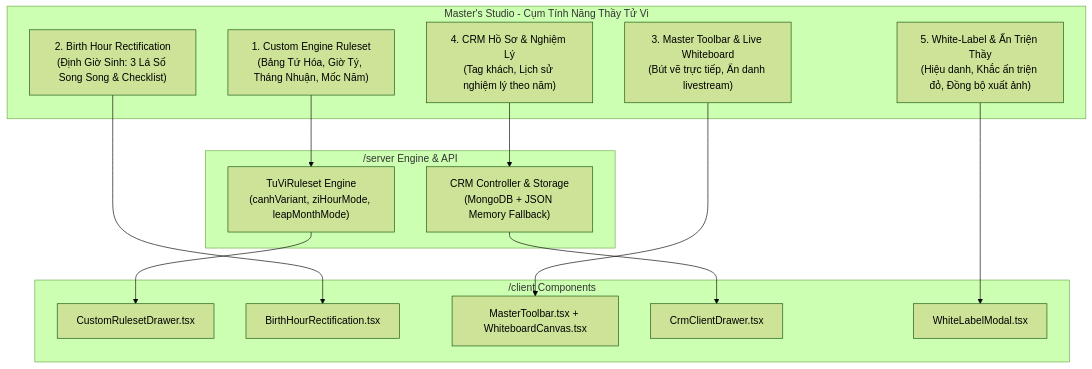
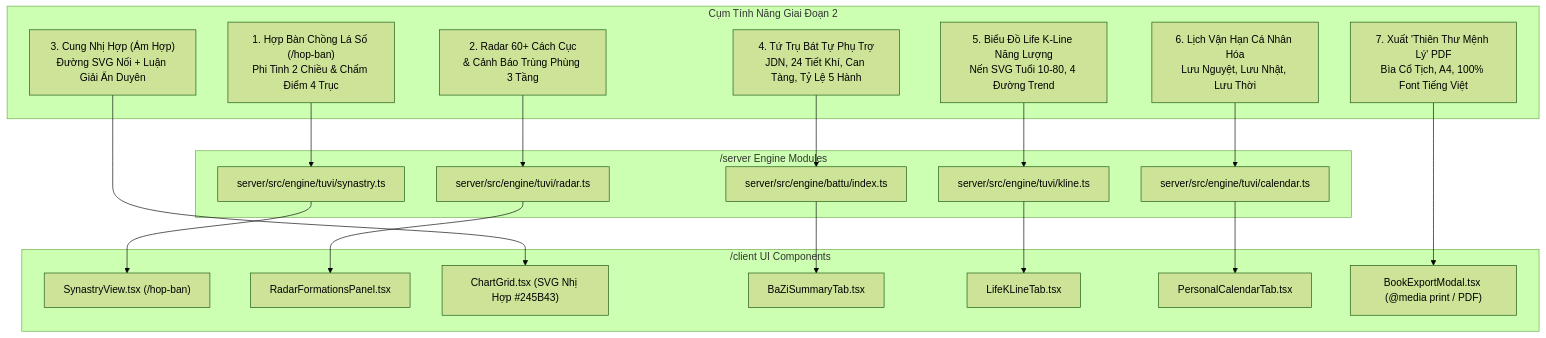
One commit to minhkhueit1999/tuvilaso_WEB changed the diagram in implementation_plan.md. Above: the diagram before and after it, drawn with Mermaid (forest theme). The commit also changed other lines of this file and 35 other files, not shown here.

Commit message:
feat(pro): add synastry, 60+ formations radar, Nhi Hop, Ba Zi, Life K-Line, personal calendar and classical PDF book

````diff
--- a/implementation_plan.md
+++ b/implementation_plan.md
@@ -9,31 +9,38 @@
 ```mermaid
 flowchart TD
-    subgraph MasterStudio["Master's Studio - Cụm Tính Năng Thầy Tử Vi"]
-        R["1. Custom Engine Ruleset\n(Bảng Tứ Hóa, Giờ Tý, Tháng Nhuận, Mốc Năm)"]
-        Rect["2. Birth Hour Rectification\n(Định Giờ Sinh: 3 Lá Số Song Song & Checklist)"]
-        WB["3. Master Toolbar & Live Whiteboard\n(Bút vẽ trực tiếp, Ẩn danh livestream)"]
-        CRM["4. CRM Hồ Sơ & Nghiệm Lý\n(Tag khách, Lịch sử nghiệm lý theo năm)"]
-        WL["5. White-Label & Ấn Triện Thầy\n(Hiệu danh, Khắc ấn triện đỏ, Đồng bộ xuất ảnh)"]
+    subgraph Stage2Modules["Cụm Tính Năng Giai Đoạn 2"]
+        Synastry["1. Hợp Bàn Chồng Lá Số (/hop-ban)\nPhi Tinh 2 Chiều & Chấm Điểm 4 Trục"]
+        Radar["2. Radar 60+ Cách Cục\n& Cảnh Báo Trùng Phùng 3 Tầng"]
+        NhiHop["3. Cung Nhị Hợp (Ám Hợp)\nĐường SVG Nối + Luận Giải Ẩn Duyên"]
+        BaZi["4. Tứ Trụ Bát Tự Phụ Trợ\nJDN, 24 Tiết Khí, Can Tàng, Tỷ Lệ 5 Hành"]
+        KLine["5. Biểu Đồ Life K-Line Năng Lượng\nNến SVG Tuổi 10-80, 4 Đường Trend"]
+        LuuNhat["6. Lịch Vận Hạn Cá Nhân Hóa\nLưu Nguyệt, Lưu Nhật, Lưu Thời"]
+        BookPDF["7. Xuất 'Thiên Thư Mệnh Lý' PDF\nBìa Cổ Tịch, A4, 100% Font Tiếng Việt"]
     end
 
-    subgraph BackendEngine["/server Engine & API"]
-        TRules["TuViRuleset Engine\n(canhVariant, ziHourMode, leapMonthMode)"]
-        CrmAPI["CRM Controller & Storage\n(MongoDB + JSON Memory Fallback)"]
+    subgraph BackendEngine["/server Engine Modules"]
+        SynEngine["server/src/engine/tuvi/synastry.ts"]
+        RadarEngine["server/src/engine/tuvi/radar.ts"]
+        BaZiEngine["server/src/engine/battu/index.ts"]
+        KLineEngine["server/src/engine/tuvi/kline.ts"]
+        LuuNhatEngine["server/src/engine/tuvi/calendar.ts"]
     end
 
-    subgraph FrontendUI["/client Components"]
-        RuleDrawer["CustomRulesetDrawer.tsx"]
-        RectPage["BirthHourRectification.tsx"]
-        Toolbar["MasterToolbar.tsx + WhiteboardCanvas.tsx"]
-        CrmDrawer["CrmClientDrawer.tsx"]
-        WlModal["WhiteLabelModal.tsx"]
+    subgraph FrontendComponents["/client UI Components"]
+        HopBanView["SynastryView.tsx (/hop-ban)"]
+        RadarPanel["RadarFormationsPanel.tsx"]
+        ChartGridNhiHop["ChartGrid.tsx (SVG Nhị Hợp #245B43)"]
+        BaZiTab["BaZiSummaryTab.tsx"]
+        KLineTab["LifeKLineTab.tsx"]
+        LuuNhatTab["PersonalCalendarTab.tsx"]
+        BookExportModal["BookExportModal.tsx (@media print / PDF)"]
     end
 
-    R --> TRules
-    TRules --> RuleDrawer
-    Rect --> RectPage
-    WB --> Toolbar
-    CRM --> CrmAPI
-    CrmAPI --> CrmDrawer
-    WL --> WlModal
+    Synastry --> SynEngine --> HopBanView
+    Radar --> RadarEngine --> RadarPanel
+    NhiHop --> ChartGridNhiHop
+    BaZi --> BaZiEngine --> BaZiTab
+    KLine --> KLineEngine --> KLineTab
+    LuuNhat --> LuuNhatEngine --> LuuNhatTab
+    BookPDF --> BookExportModal
 ```
````
